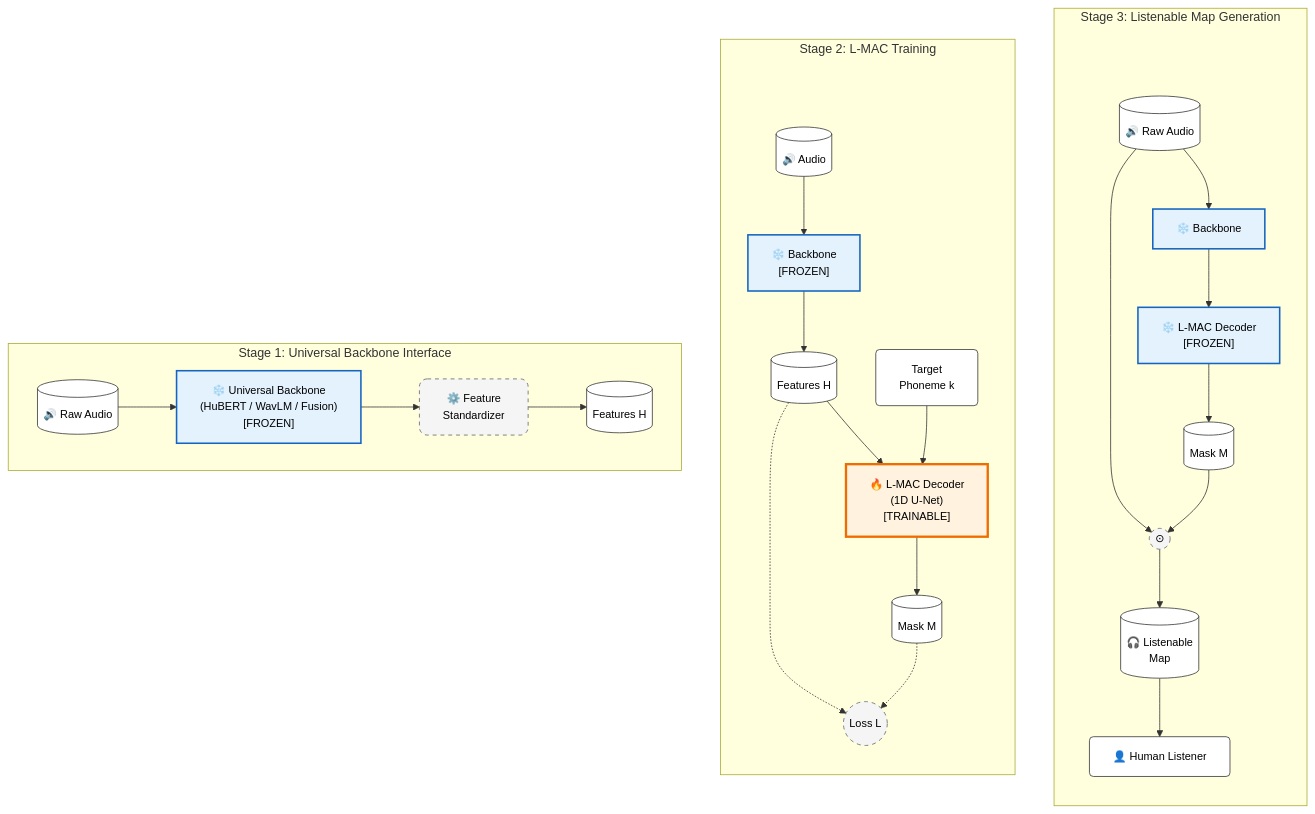
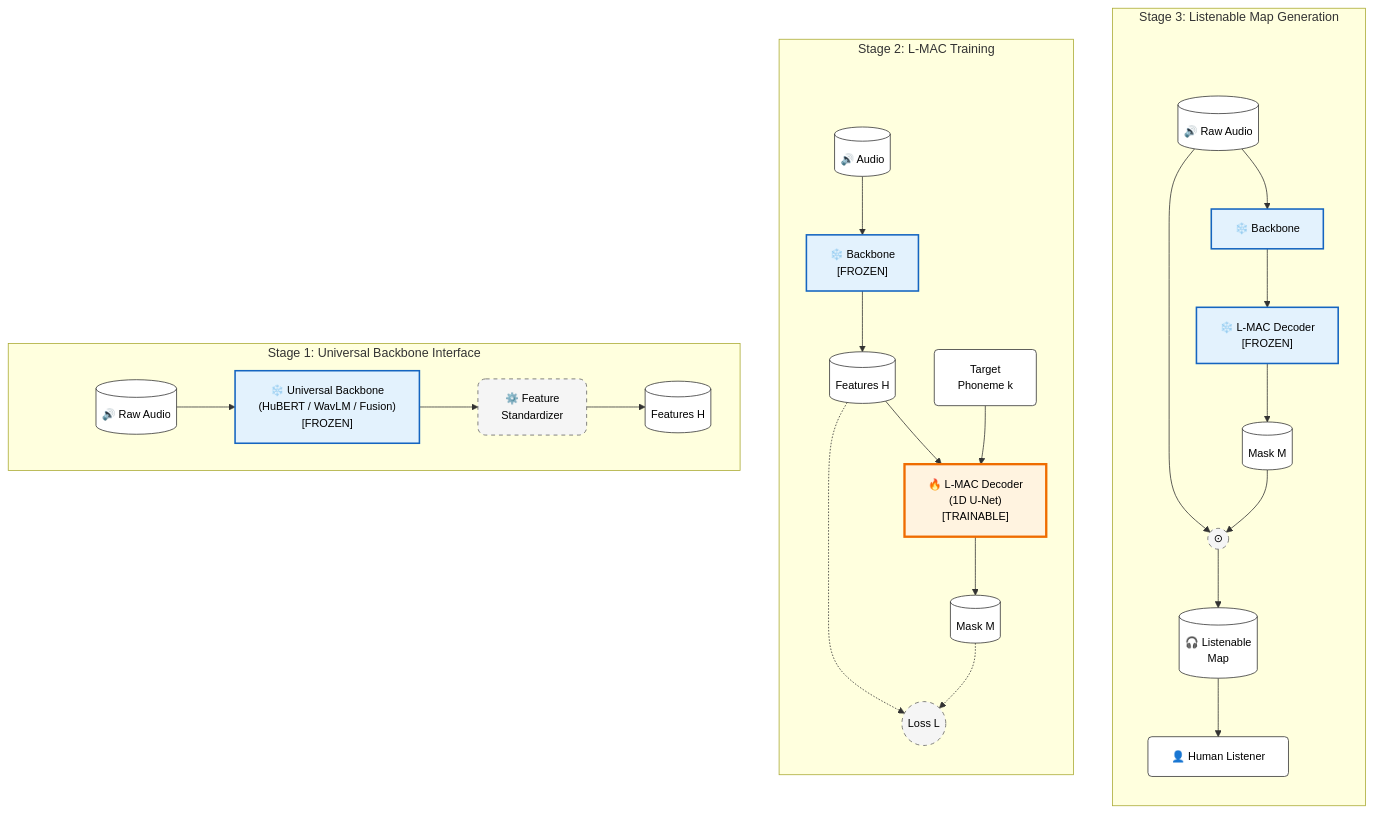
Before and after one commit to maurocarlu/pronuncIAtion: the diagram in docs/LMAC_ARCHITECTURE.md, drawn with Mermaid.

```diff
--- a/docs/LMAC_ARCHITECTURE.md
+++ b/docs/LMAC_ARCHITECTURE.md
@@ -23,6 +23,9 @@
     subgraph S1 ["Stage 1: Universal Backbone Interface"]
         direction LR
         
+        %% Spacer to separate title from nodes
+        SpacerS1[ ]:::spacer
+        
         %% Nodes
         Audio1[("🔊 Raw Audio")]:::data
         Backbone1["❄️ Universal Backbone<br/>(HuBERT / WavLM / Fusion)<br/>[FROZEN]"]:::frozen
@@ -30,6 +33,7 @@
         Feat1[("Features H")]:::data
         
         %% Connections
+        SpacerS1 ~~~ Audio1
         Audio1 --> Backbone1
         Backbone1 --> Standardizer1
         Standardizer1 --> Feat1
```
